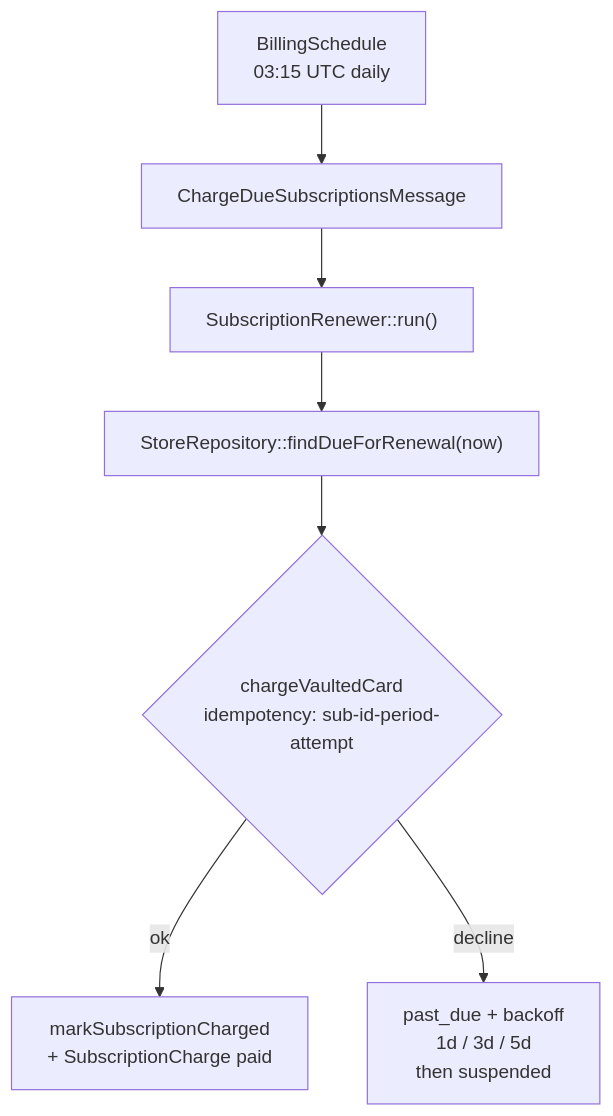
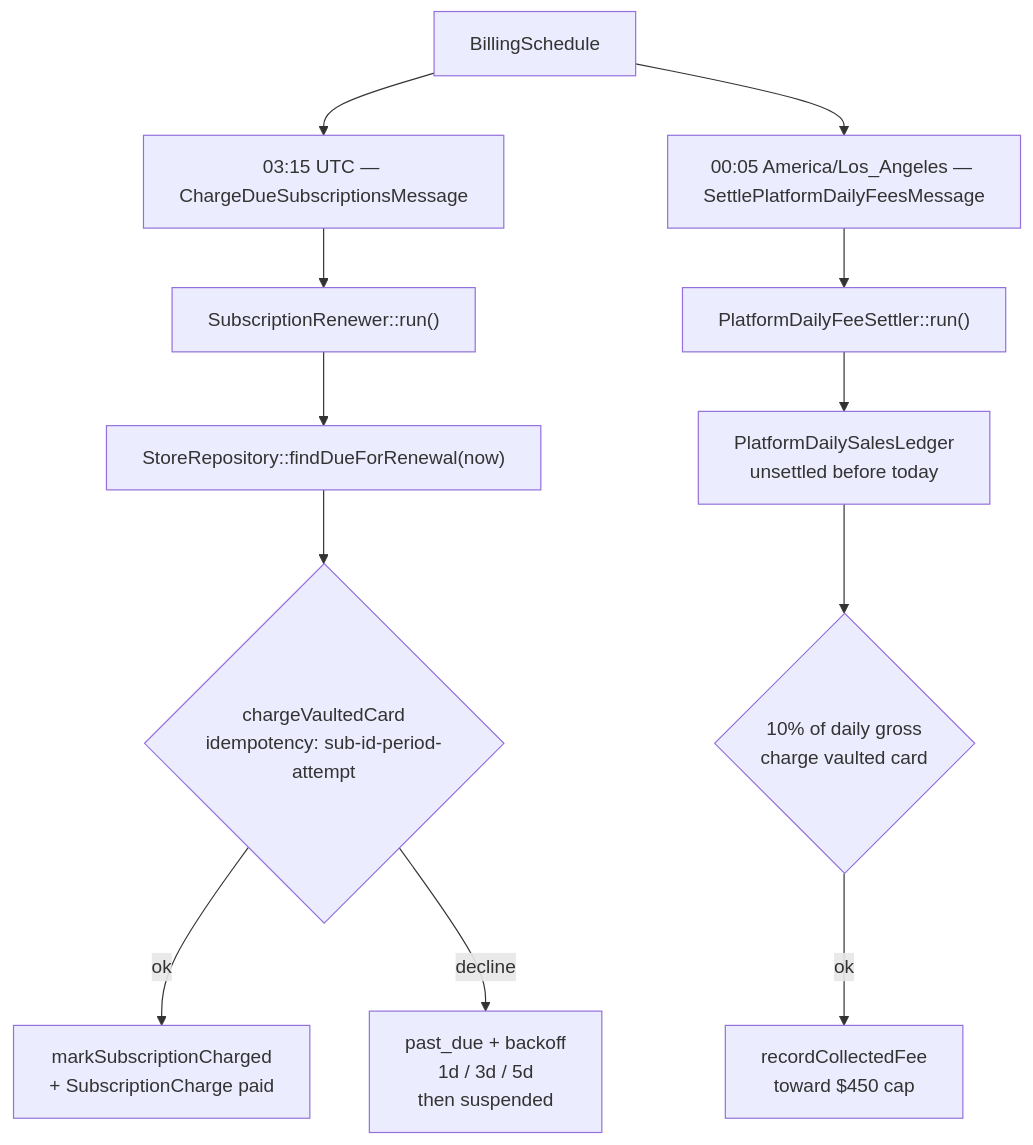
One commit to Game-Store-Solutions/Lgscardvault changed the second of 4 diagrams in architecture/payments-and-billing.md. Above: the diagram before and after it, drawn with Mermaid. The commit also changed other lines of this file and 34 other files, not shown here.

First line of the commit message:
Settle usage-plan fees at 10% of daily sales and clean up stale surfaces.

````diff
--- a/architecture/payments-and-billing.md
+++ b/architecture/payments-and-billing.md
@@ -60,9 +60,14 @@
 ```mermaid
 flowchart TD
-    sched["BillingSchedule<br/>03:15 UTC daily"] --> msg["ChargeDueSubscriptionsMessage"]
-    msg --> ren["SubscriptionRenewer::run()"]
+    sched["BillingSchedule"] --> sub["03:15 UTC — ChargeDueSubscriptionsMessage"]
+    sched --> fees["00:05 America/Los_Angeles — SettlePlatformDailyFeesMessage"]
+    sub --> ren["SubscriptionRenewer::run()"]
+    fees --> settle["PlatformDailyFeeSettler::run()"]
     ren --> due["StoreRepository::findDueForRenewal(now)"]
     due --> charge{"chargeVaultedCard<br/>idempotency: sub-id-period-attempt"}
     charge -->|ok| paid["markSubscriptionCharged<br/>+ SubscriptionCharge paid"]
     charge -->|decline| fail["past_due + backoff<br/>1d / 3d / 5d<br/>then suspended"]
+    settle --> ledgers["PlatformDailySalesLedger<br/>unsettled before today"]
+    ledgers --> daily{"10% of daily gross<br/>charge vaulted card"}
+    daily -->|ok| cap["recordCollectedFee<br/>toward $450 cap"]
 ```
````
